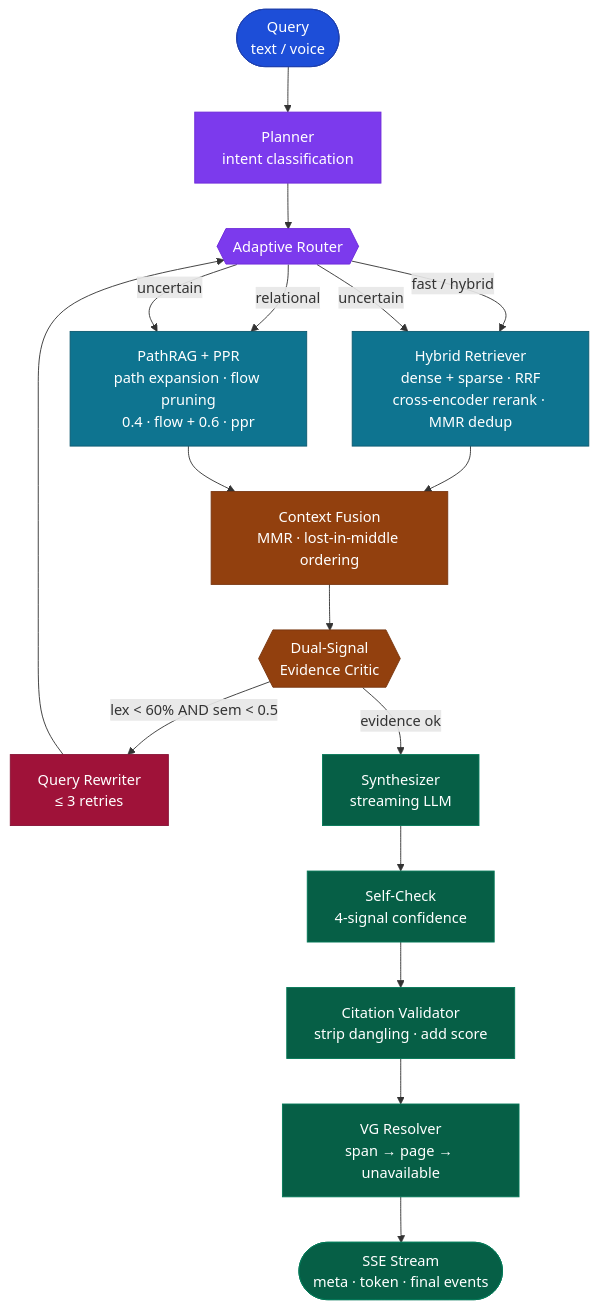
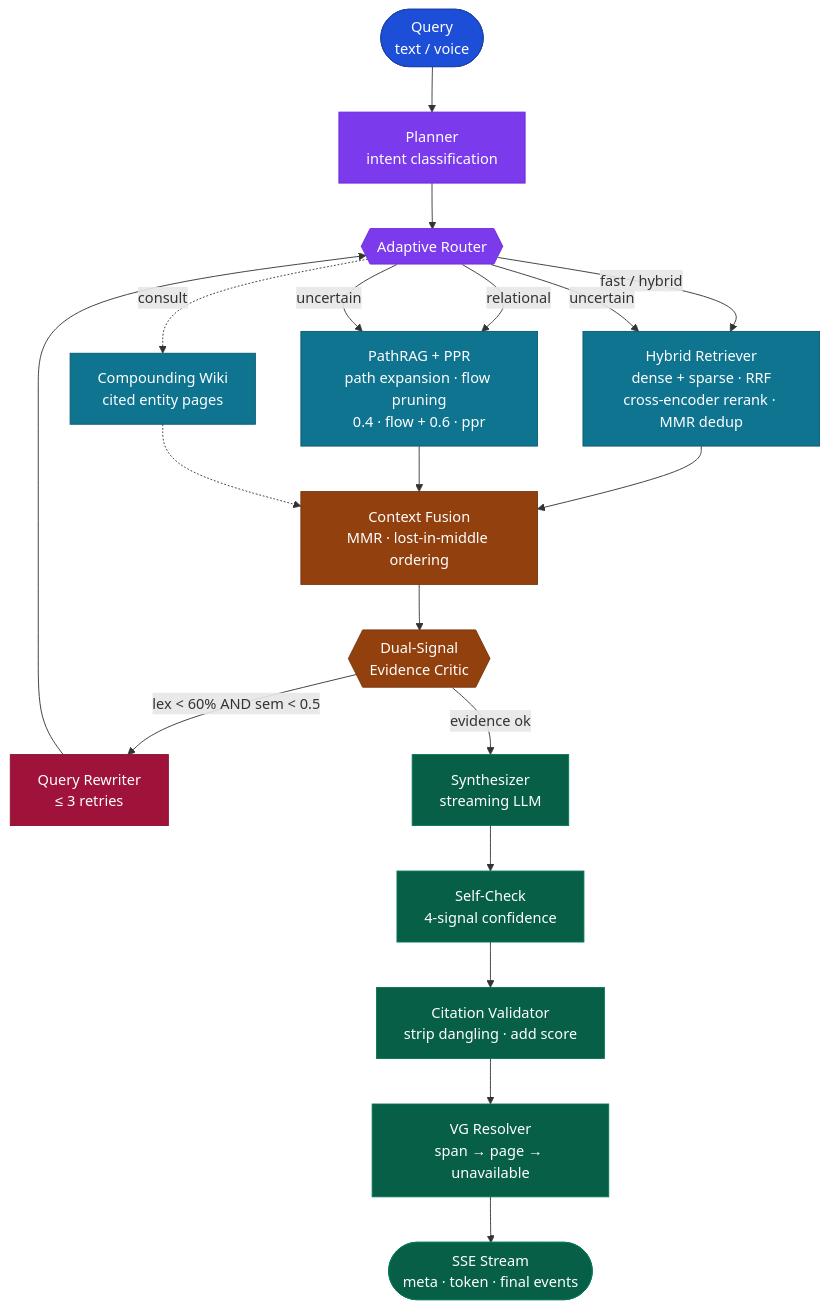
Before and after one commit to MHHamdan/Auralynq-RAG: the second of 11 diagrams in README.md, drawn with Mermaid. The commit also changed other lines of this file, not shown here.

First line of the commit message:
docs(readme): update architecture diagrams for latest + overall polish

````diff
--- a/README.md
+++ b/README.md
@@ -104,36 +139,39 @@
 ```mermaid
 flowchart TD
     classDef input fill:#1d4ed8,color:#fff,stroke:#1e40af
     classDef router fill:#7c3aed,color:#fff,stroke:#6d28d9
     classDef retr fill:#0e7490,color:#fff,stroke:#0c5a70
     classDef critic fill:#92400e,color:#fff,stroke:#78350f
     classDef synth fill:#065f46,color:#fff,stroke:#047857
     classDef fix fill:#9f1239,color:#fff,stroke:#881337
 
     Q(["Query\ntext / voice"]):::input
     PL["Planner\nintent classification"]:::router
     RT{{"Adaptive Router"}}:::router
 
     HY["Hybrid Retriever\ndense + sparse · RRF\ncross-encoder rerank · MMR dedup"]:::retr
     PR["PathRAG + PPR\npath expansion · flow pruning\n0.4 · flow + 0.6 · ppr"]:::retr
+    WK["Compounding Wiki\ncited entity pages"]:::retr
 
     FU["Context Fusion\nMMR · lost-in-middle ordering"]:::critic
     CR{{"Dual-Signal\nEvidence Critic"}}:::critic
     RW["Query Rewriter\n≤ 3 retries"]:::fix
 
     SY["Synthesizer\nstreaming LLM"]:::synth
     SC["Self-Check\n4-signal confidence"]:::synth
     CV["Citation Validator\nstrip dangling · add score"]:::synth
     VGR["VG Resolver\nspan → page → unavailable"]:::synth
     ST(["SSE Stream\nmeta · token · final events"]):::synth
 
     Q --> PL --> RT
     RT -->|fast / hybrid| HY
     RT -->|relational| PR
     RT -->|uncertain| HY & PR
+    RT -.->|consult| WK
     HY --> FU
     PR --> FU
+    WK -.-> FU
     FU --> CR
     CR -->|"lex < 60% AND sem < 0.5"| RW --> RT
     CR -->|evidence ok| SY --> SC --> CV --> VGR --> ST
 ```
````
